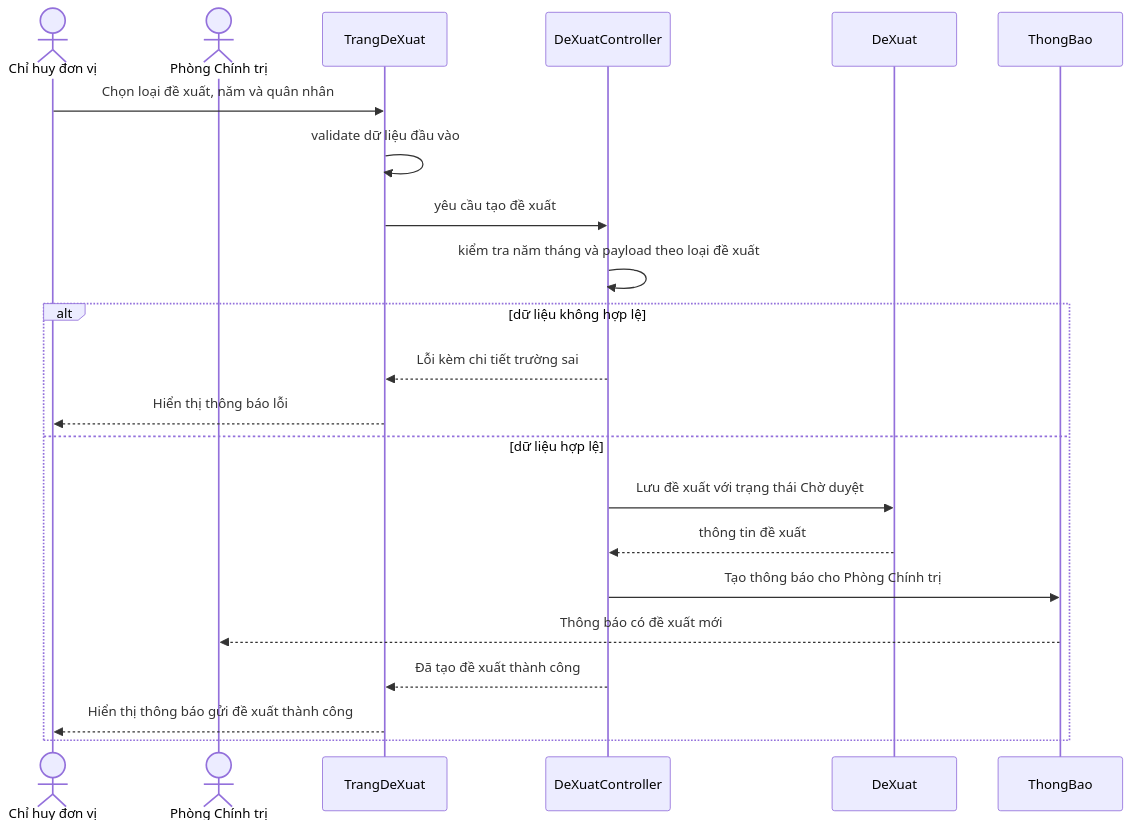
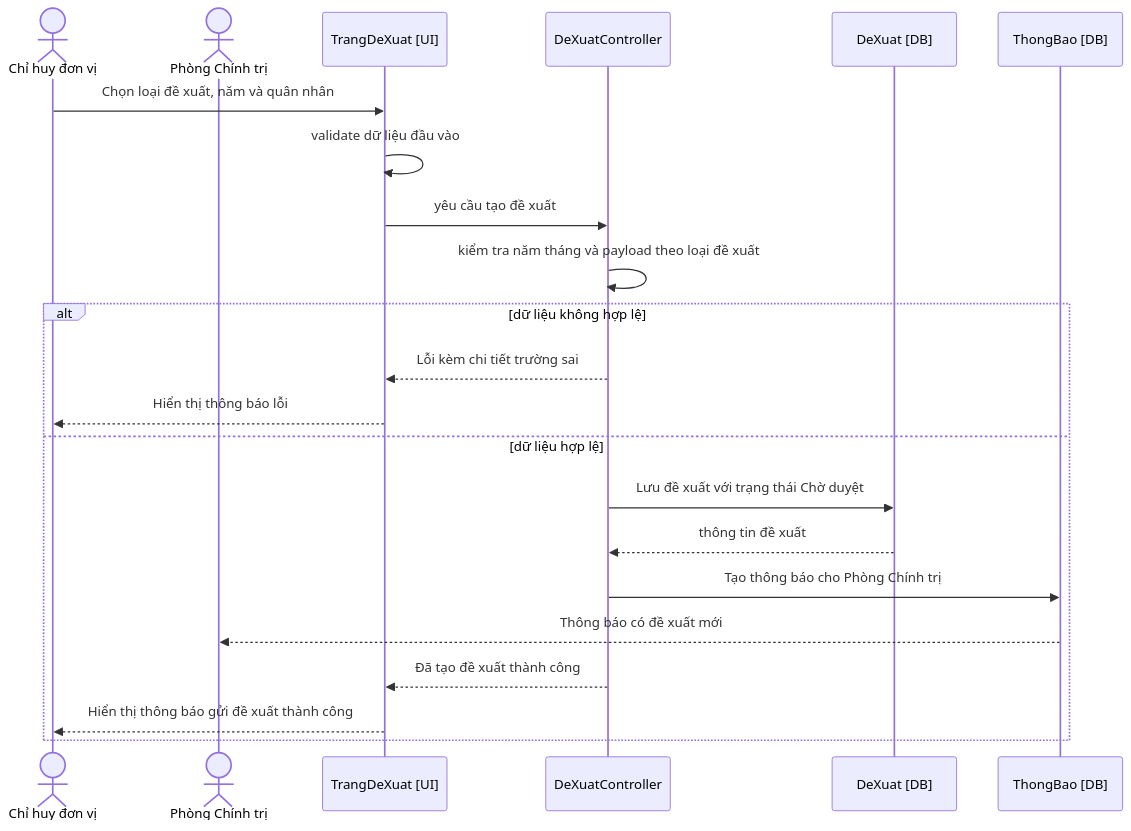
One commit to tranducbk/DATN_PM_QLKT changed the second of 8 diagrams in docs/diagrams/05-sequence.md. Above: the diagram before and after it, drawn with Mermaid. The commit also changed other lines of this file and 29 other files, not shown here.

First line of the commit message:
Update CLAUDE.md with additional validation rules and introduce new database schema

````diff
--- a/docs/diagrams/05-sequence.md
+++ b/docs/diagrams/05-sequence.md
@@ -36,26 +36,26 @@
 ```mermaid
 sequenceDiagram
     actor MGR as Chỉ huy đơn vị
     actor ADM as Phòng Chính trị
-    participant Page as TrangDeXuat
+    participant Page as TrangDeXuat [UI]
     participant Ctrl as DeXuatController
-    participant DX as DeXuat
-    participant TB as ThongBao
+    participant DX as DeXuat [DB]
+    participant TB as ThongBao [DB]
 
     MGR->>Page: Chọn loại đề xuất, năm và quân nhân
     Page->>Page: validate dữ liệu đầu vào
     Page->>Ctrl: yêu cầu tạo đề xuất
     Ctrl->>Ctrl: kiểm tra năm tháng và payload theo loại đề xuất
 
     alt dữ liệu không hợp lệ
         Ctrl-->>Page: Lỗi kèm chi tiết trường sai
         Page-->>MGR: Hiển thị thông báo lỗi
     else dữ liệu hợp lệ
         Ctrl->>DX: Lưu đề xuất với trạng thái Chờ duyệt
         DX-->>Ctrl: thông tin đề xuất
         Ctrl->>TB: Tạo thông báo cho Phòng Chính trị
         TB-->>ADM: Thông báo có đề xuất mới
         Ctrl-->>Page: Đã tạo đề xuất thành công
         Page-->>MGR: Hiển thị thông báo gửi đề xuất thành công
     end
 ```
````
